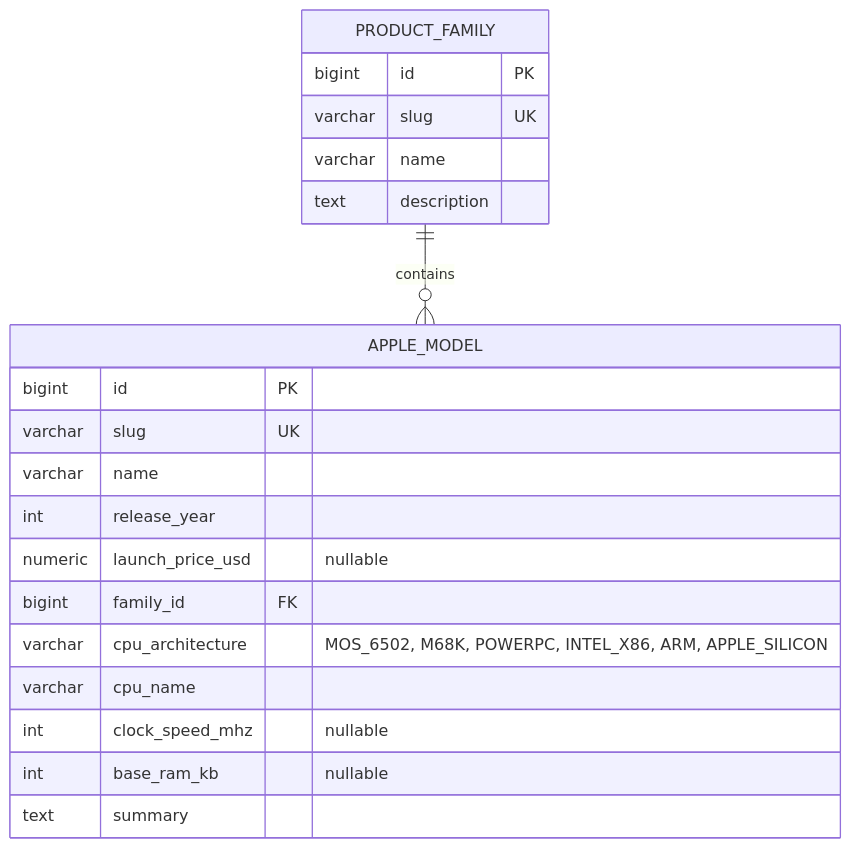
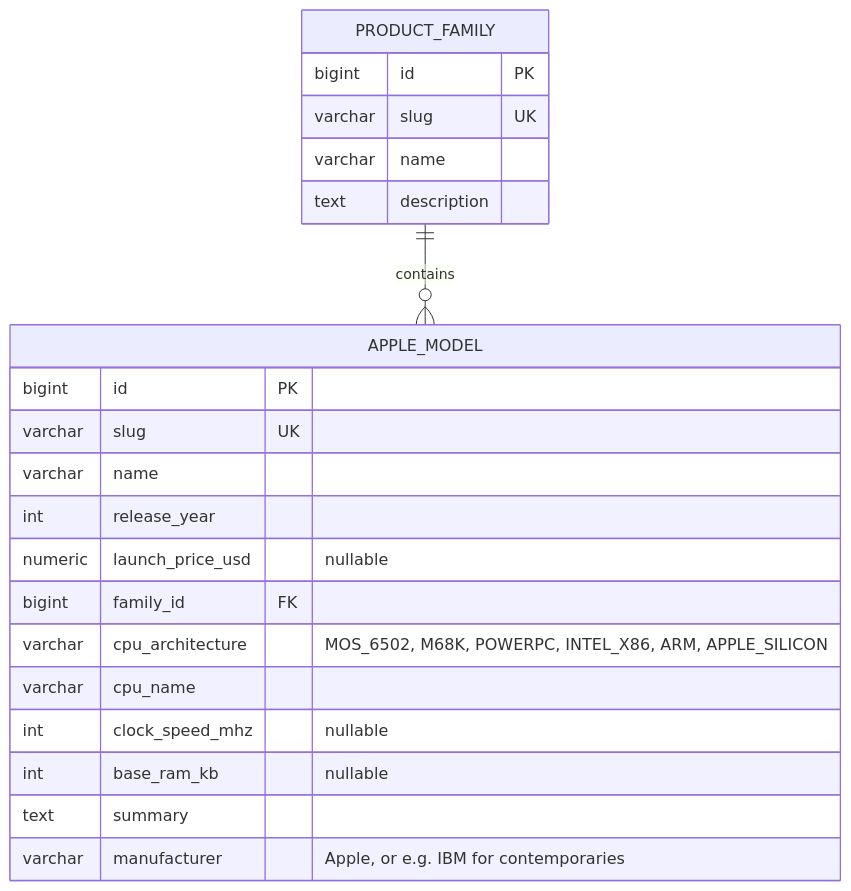
One commit to rsinghSD/mac-museum-api changed the second of 4 diagrams in docs/architecture.md. Above: the diagram before and after it, drawn with Mermaid. The commit also changed 2 other files, not shown here.

Commit message:
Document the expanded catalog, manufacturer filter and data rules
Claude-Session: https://claude.ai/code/session_016GJQoHyJHwk3LUa3CXzxvo

````diff
--- a/docs/architecture.md
+++ b/docs/architecture.md
@@ -46,23 +46,24 @@
 ```mermaid
 erDiagram
     PRODUCT_FAMILY ||--o{ APPLE_MODEL : contains
     PRODUCT_FAMILY {
         bigint id PK
         varchar slug UK
         varchar name
         text description
     }
     APPLE_MODEL {
         bigint id PK
         varchar slug UK
         varchar name
         int release_year
         numeric launch_price_usd "nullable"
         bigint family_id FK
         varchar cpu_architecture "MOS_6502, M68K, POWERPC, INTEL_X86, ARM, APPLE_SILICON"
         varchar cpu_name
         int clock_speed_mhz "nullable"
         int base_ram_kb "nullable"
         text summary
+        varchar manufacturer "Apple, or e.g. IBM for contemporaries"
     }
 ```
````
